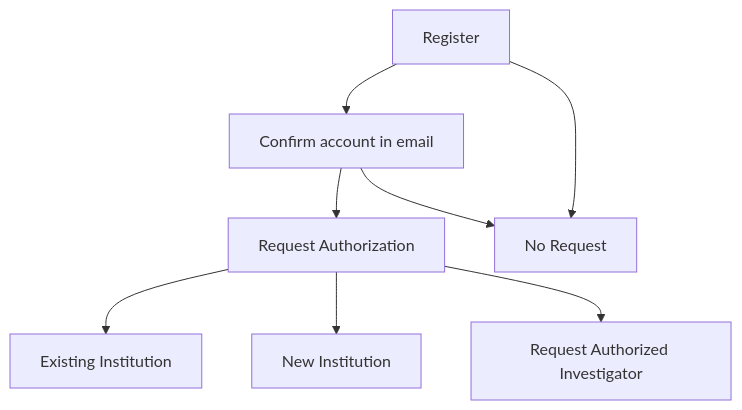
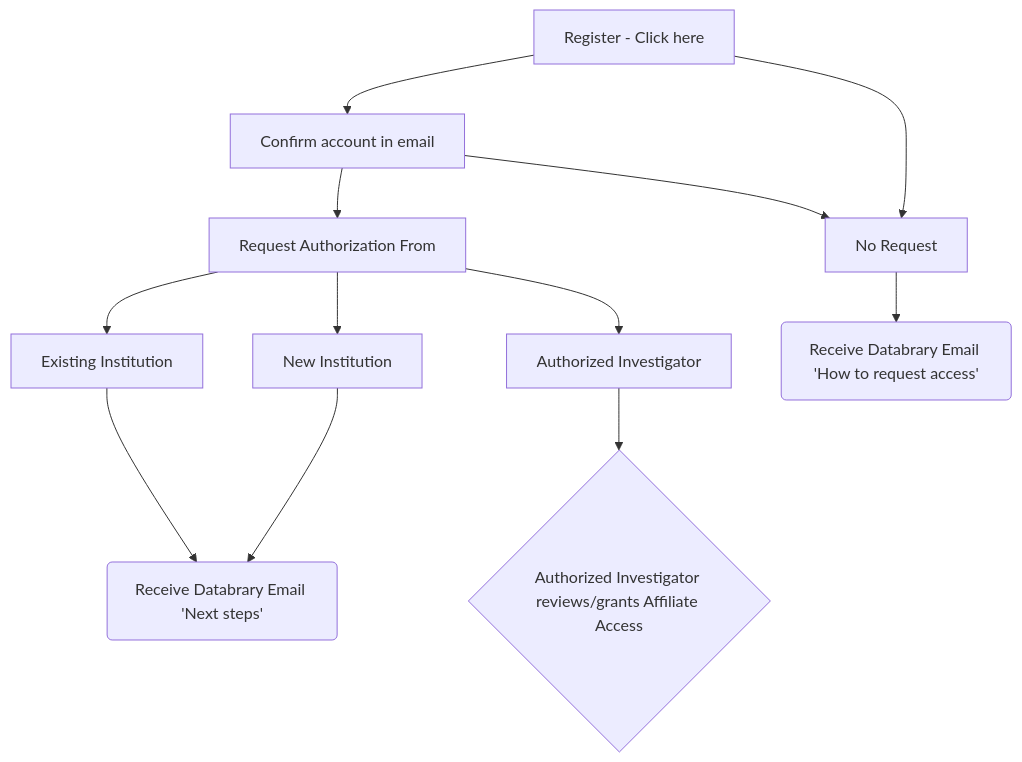
Before and after one commit to databrary/guide: the second of 3 diagrams in src/admin/flowcharts.qmd, drawn with Mermaid. The commit also changed other lines of this file and 1 other file, not shown here.

Commit message:
update flowchart

````diff
--- a/src/admin/flowcharts.qmd
+++ b/src/admin/flowcharts.qmd
@@ -9,9 +21,11 @@
 ```{mermaid}
 flowchart
-  A[Register] --> B[Confirm account in email] --> C[Request Authorization]
-  C --> D[Existing Institution]
-  C --> E[New Institution]
-  C --> G[Request Authorized Investigator]
-  A --> F[No Request]
+  A[Register - Click here] --> B[Confirm account in email] --> C[Request Authorization From]
+  C --> D[Existing Institution] --> H(Receive Databrary Email 'Next steps')
+  C --> E[New Institution] --> H(Receive Databrary Email 'Next steps')
+  C --> G[Authorized Investigator] --> I{Authorized Investigator reviews/grants Affiliate Access}
+  A --> F[No Request] --> J(Receive Databrary Email 'How to request access')
   B --> F[No Request]
+  
+  click A "https://nyu.databrary.org/user/register" "This is a link"
 ```
````
